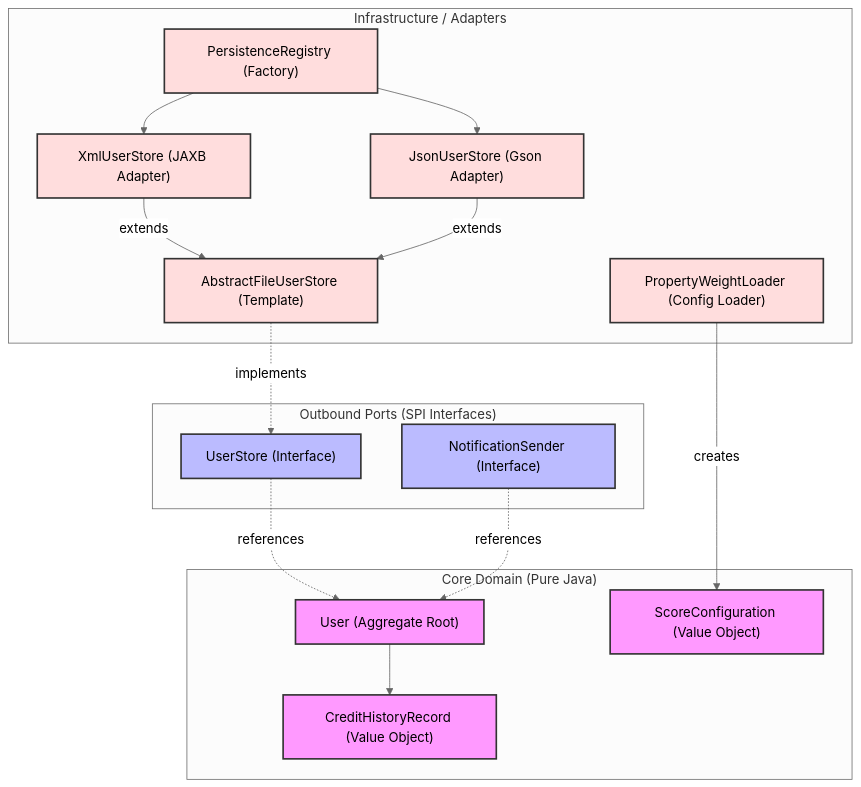
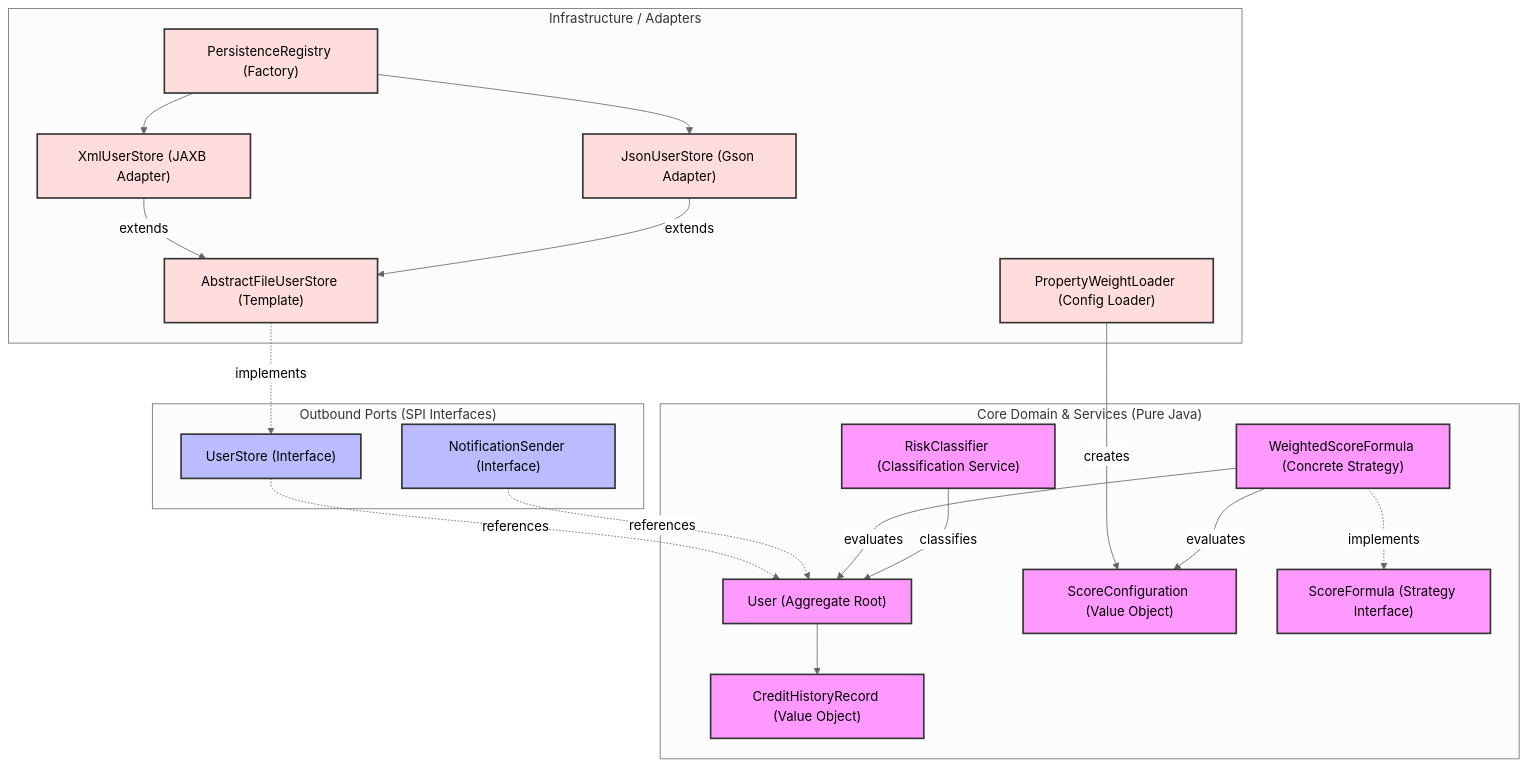
One commit to Pinkylml/CreditScoreManagement changed the first of 2 diagrams in docs/01_architecture_overview.md. Above: the diagram before and after it, drawn with Mermaid (neutral theme). The commit also changed other lines of this file and 13 other files, not shown here.

````diff
--- a/docs/01_architecture_overview.md
+++ b/docs/01_architecture_overview.md
@@ -11,38 +11,45 @@
 ```mermaid
 graph TD
     %% Define styles
     classDef domain fill:#f9f,stroke:#333,stroke-width:2px;
     classDef ports fill:#bbf,stroke:#333,stroke-width:2px;
     classDef infra fill:#fdd,stroke:#333,stroke-width:2px;
 
     %% Hexagonal boundaries
-    subgraph CoreDomain ["Core Domain (Pure Java)"]
+    subgraph CoreDomain ["Core Domain & Services (Pure Java)"]
         User["User (Aggregate Root)"]:::domain
         CHR["CreditHistoryRecord (Value Object)"]:::domain
         ScoreConfig["ScoreConfiguration (Value Object)"]:::domain
+        ScoreFormula["ScoreFormula (Strategy Interface)"]:::domain
+        WeightedScoreFormula["WeightedScoreFormula (Concrete Strategy)"]:::domain
+        RiskClassifier["RiskClassifier (Classification Service)"]:::domain
     end
 
     subgraph Ports ["Outbound Ports (SPI Interfaces)"]
         UserStore["UserStore (Interface)"]:::ports
         NotificationSender["NotificationSender (Interface)"]:::ports
     end
 
     subgraph Infrastructure ["Infrastructure / Adapters"]
         PersistenceRegistry["PersistenceRegistry (Factory)"]:::infra
         AbstractFileUserStore["AbstractFileUserStore (Template)"]:::infra
         XmlUserStore["XmlUserStore (JAXB Adapter)"]:::infra
         JsonUserStore["JsonUserStore (Gson Adapter)"]:::infra
         PropertyWeightLoader["PropertyWeightLoader (Config Loader)"]:::infra
     end
 
     %% Relationships
     User --> CHR
     UserStore -.->|references| User
     AbstractFileUserStore -.->|implements| UserStore
     XmlUserStore -->|extends| AbstractFileUserStore
     JsonUserStore -->|extends| AbstractFileUserStore
     PersistenceRegistry --> XmlUserStore
     PersistenceRegistry --> JsonUserStore
     NotificationSender -.->|references| User
     PropertyWeightLoader -->|creates| ScoreConfig
+    WeightedScoreFormula -.->|implements| ScoreFormula
+    WeightedScoreFormula -->|evaluates| User
+    WeightedScoreFormula -->|evaluates| ScoreConfig
+    RiskClassifier -->|classifies| User
 ```
````
